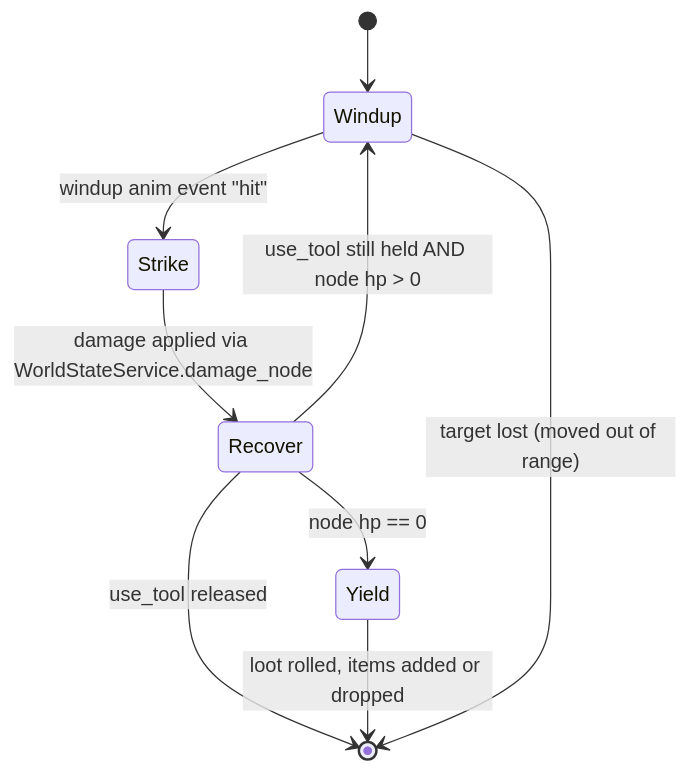
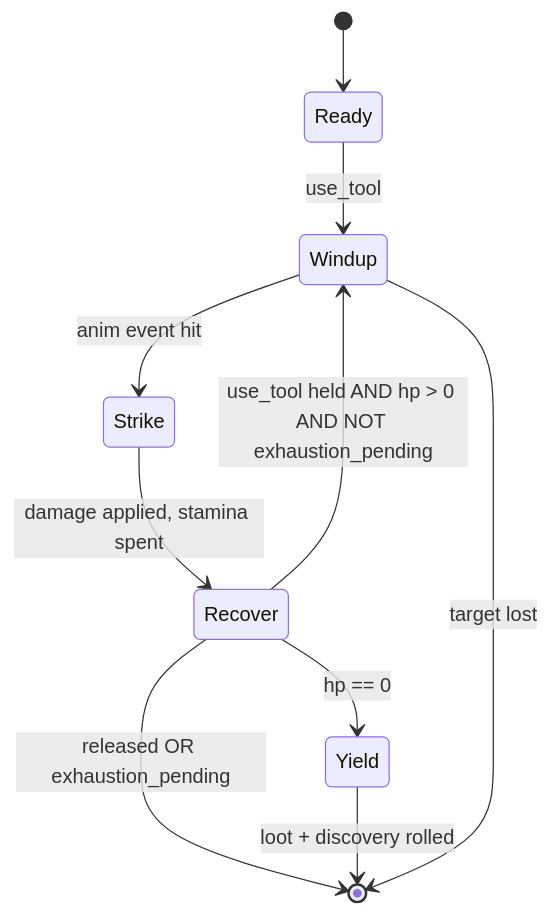
The second of 7 diagrams in _docs/specs/spec1.md (obamacka/gamesimpler), drawn with Mermaid before and after one commit. The commit also changed other lines of this file, not shown here.

````diff
--- a/_docs/specs/spec1.md
+++ b/_docs/specs/spec1.md
@@ -565,11 +740,12 @@
 ```mermaid
 stateDiagram-v2
-    [*] --> Windup
-    Windup --> Strike: windup anim event "hit"
-    Strike --> Recover: damage applied via WorldStateService.damage_node
-    Recover --> Windup: use_tool still held AND node hp > 0
-    Recover --> Yield: node hp == 0
-    Recover --> [*]: use_tool released
-    Yield --> [*]: loot rolled, items added or dropped
-    Windup --> [*]: target lost (moved out of range)
+    [*] --> Ready
+    Ready --> Windup: use_tool
+    Windup --> Strike: anim event hit
+    Strike --> Recover: damage applied, stamina spent
+    Recover --> Windup: use_tool held AND hp > 0 AND NOT exhaustion_pending
+    Recover --> Yield: hp == 0
+    Recover --> [*]: released OR exhaustion_pending
+    Yield --> [*]: loot + discovery rolled
+    Windup --> [*]: target lost
 ```
````
